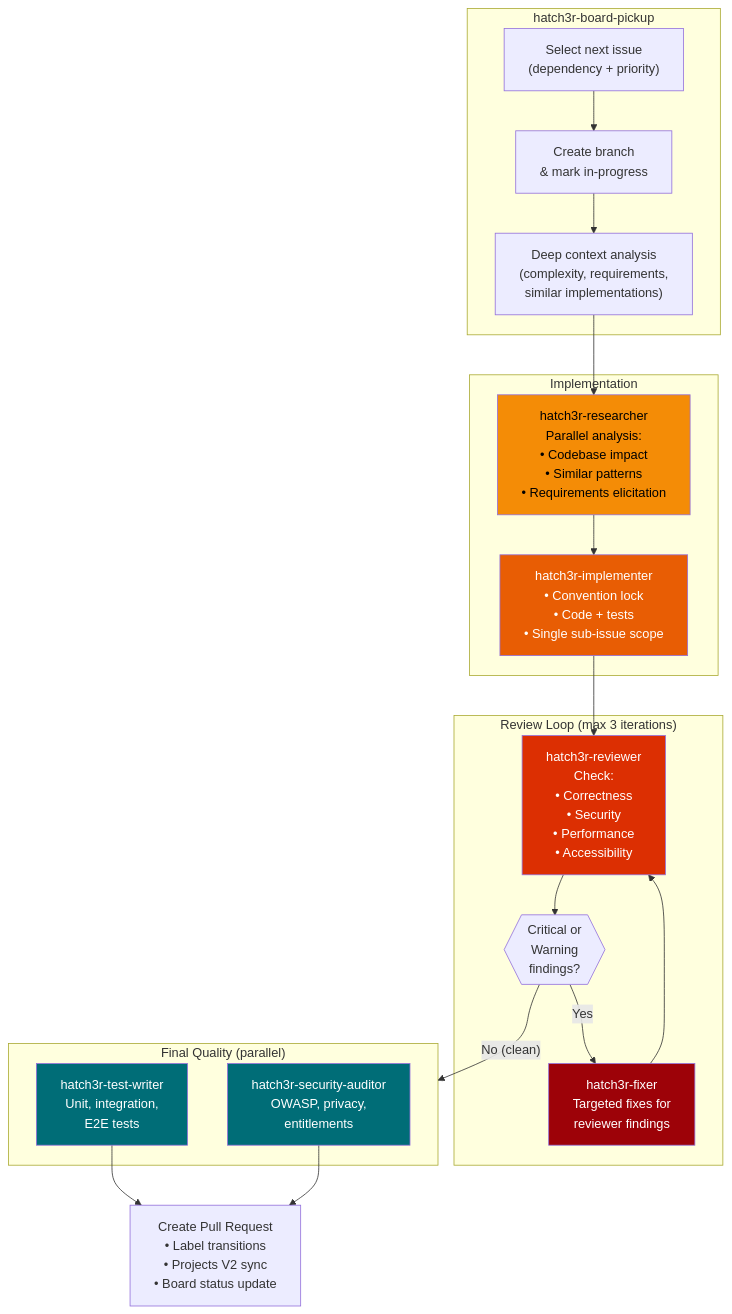
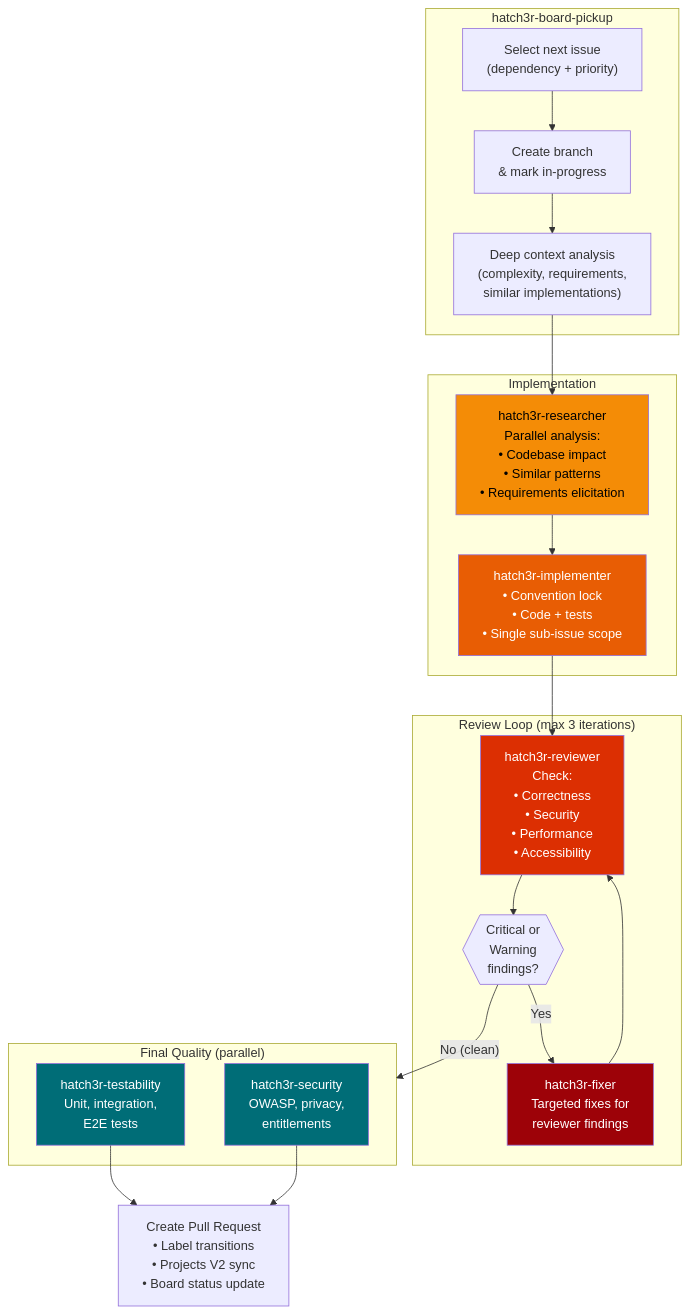
Before and after one commit to hatch3r/hatch3r: the fourth of 5 diagrams in docs/agentic-process.md, drawn with Mermaid. The commit also changed 148 other files, not shown here.

````diff
--- a/docs/agentic-process.md
+++ b/docs/agentic-process.md
@@ -97,44 +97,44 @@
 ```mermaid
 flowchart TB
     subgraph pickup["hatch3r-board-pickup"]
         select["Select next issue\n(dependency + priority)"]
         branch["Create branch\n& mark in-progress"]
         context["Deep context analysis\n(complexity, requirements,\nsimilar implementations)"]
     end
 
     subgraph implement["Implementation"]
         researcher["hatch3r-researcher\nParallel analysis:\n• Codebase impact\n• Similar patterns\n• Requirements elicitation"]
         implementer["hatch3r-implementer\n• Convention lock\n• Code + tests\n• Single sub-issue scope"]
     end
 
     subgraph review["Review Loop (max 3 iterations)"]
         reviewer["hatch3r-reviewer\nCheck:\n• Correctness\n• Security\n• Performance\n• Accessibility"]
         decision{{"Critical or\nWarning\nfindings?"}}
         fixer["hatch3r-fixer\nTargeted fixes for\nreviewer findings"]
     end
 
     subgraph quality["Final Quality (parallel)"]
-        tests["hatch3r-test-writer\nUnit, integration,\nE2E tests"]
-        security["hatch3r-security-auditor\nOWASP, privacy,\nentitlements"]
+        tests["hatch3r-testability\nUnit, integration,\nE2E tests"]
+        security["hatch3r-security\nOWASP, privacy,\nentitlements"]
     end
 
     pr["Create Pull Request\n• Label transitions\n• Projects V2 sync\n• Board status update"]
 
     select --> branch --> context
     context --> researcher
     researcher --> implementer
     implementer --> reviewer
     reviewer --> decision
     decision -->|"Yes"| fixer
     fixer --> reviewer
     decision -->|"No (clean)"| quality
     tests --> pr
     security --> pr
 
     style researcher fill:#f48c06,color:#000
     style implementer fill:#e85d04,color:#fff
     style reviewer fill:#dc2f02,color:#fff
     style fixer fill:#9d0208,color:#fff
     style tests fill:#006d77,color:#fff
     style security fill:#006d77,color:#fff
 ```
````
